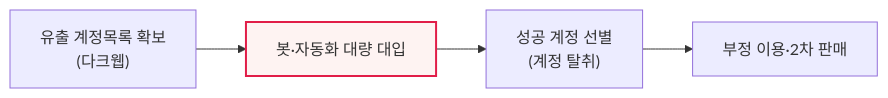
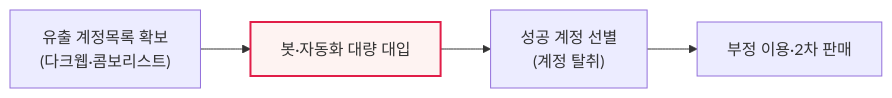
Before and after one commit to coninggu/wjdqhrhksflrltnftk: the first of 2 diagrams in content/credential-stuffing.md, drawn with Mermaid. The commit also changed other lines of this file and 3 other files, not shown here.

````diff
--- a/content/credential-stuffing.md
+++ b/content/credential-stuffing.md
@@ -15,7 +25,7 @@
 ```mermaid
 flowchart LR
-  A["유출 계정목록 확보<br/>(다크웹)"] --> B["봇·자동화 대량 대입"]
+  A["유출 계정목록 확보<br/>(다크웹·콤보리스트)"] --> B["봇·자동화 대량 대입"]
   B --> C["성공 계정 선별<br/>(계정 탈취)"]
   C --> D["부정 이용·2차 판매"]
   style B fill:#fef3f2,stroke:#e11d48,stroke-width:2px
 ```
````
